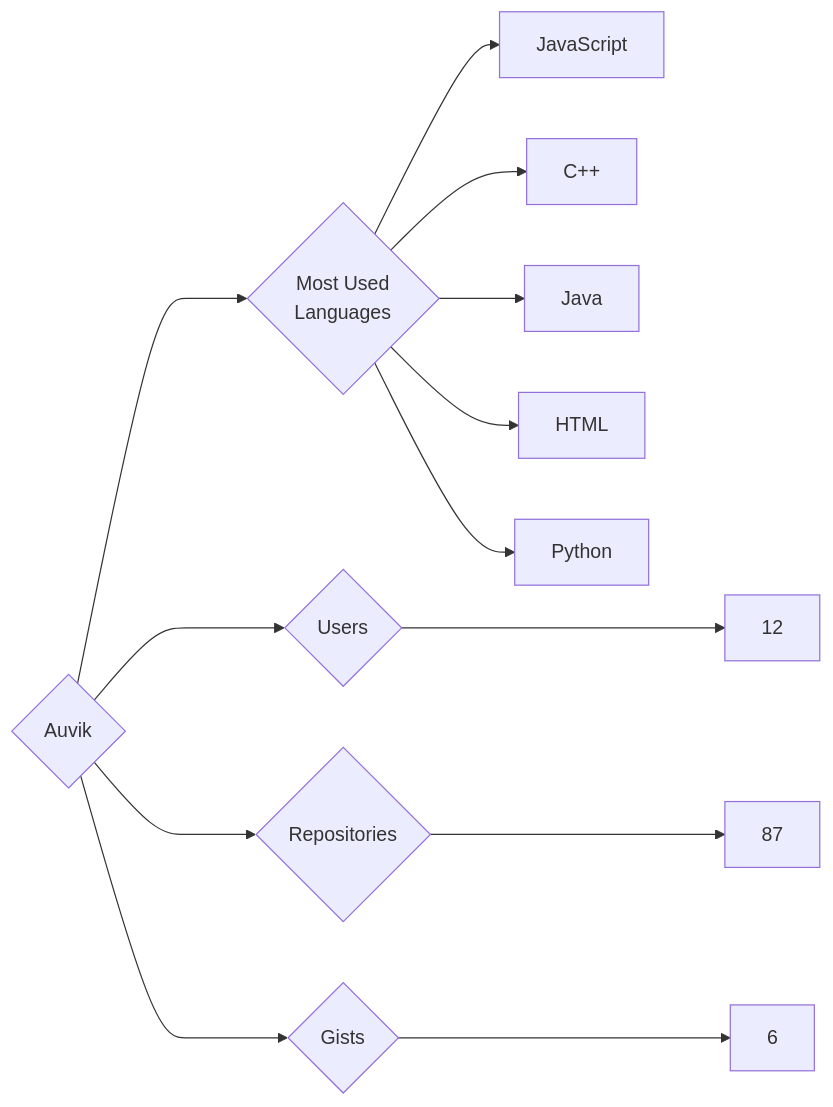
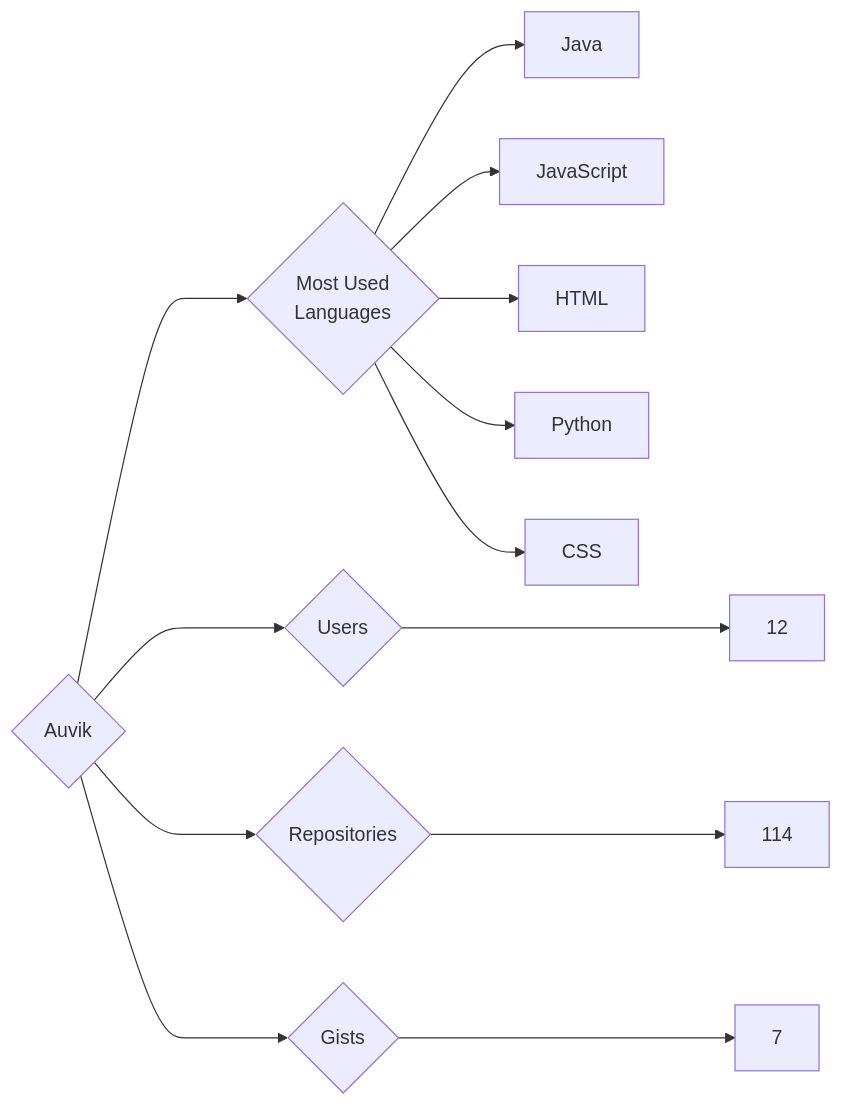
Before and after one commit to trickest/insiders: the diagram in targets/Auvik/README.md, drawn with Mermaid. The commit also changed 845 other files, not shown here.

````diff
--- a/targets/Auvik/README.md
+++ b/targets/Auvik/README.md
@@ -3,13 +3,13 @@
 ```mermaid
 graph LR
 COMPANY_NAME{Auvik}
 COMPANY_NAME ---> U{Users} ---> UN[12]
-COMPANY_NAME ---> R{Repositories} ---> RN[87]
-COMPANY_NAME ---> G{Gists} ---> GN[6]
+COMPANY_NAME ---> R{Repositories} ---> RN[114]
+COMPANY_NAME ---> G{Gists} ---> GN[7]
 COMPANY_NAME ---> ML{Most Used<br>Languages}
+ML --> Java[Java]
 ML --> JavaScript[JavaScript]
-ML --> C++[C++]
-ML --> Java[Java]
 ML --> HTML[HTML]
 ML --> Python[Python]
+ML --> CSS[CSS]
 ```
````
